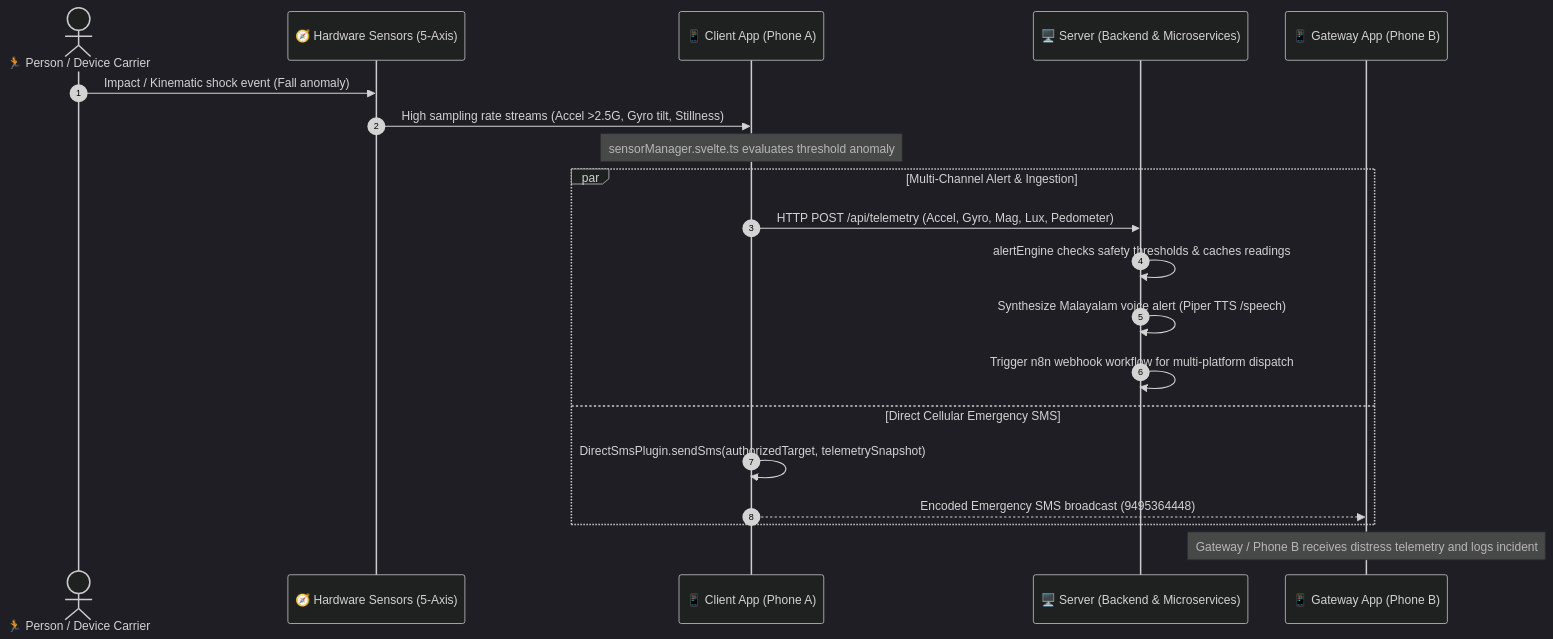
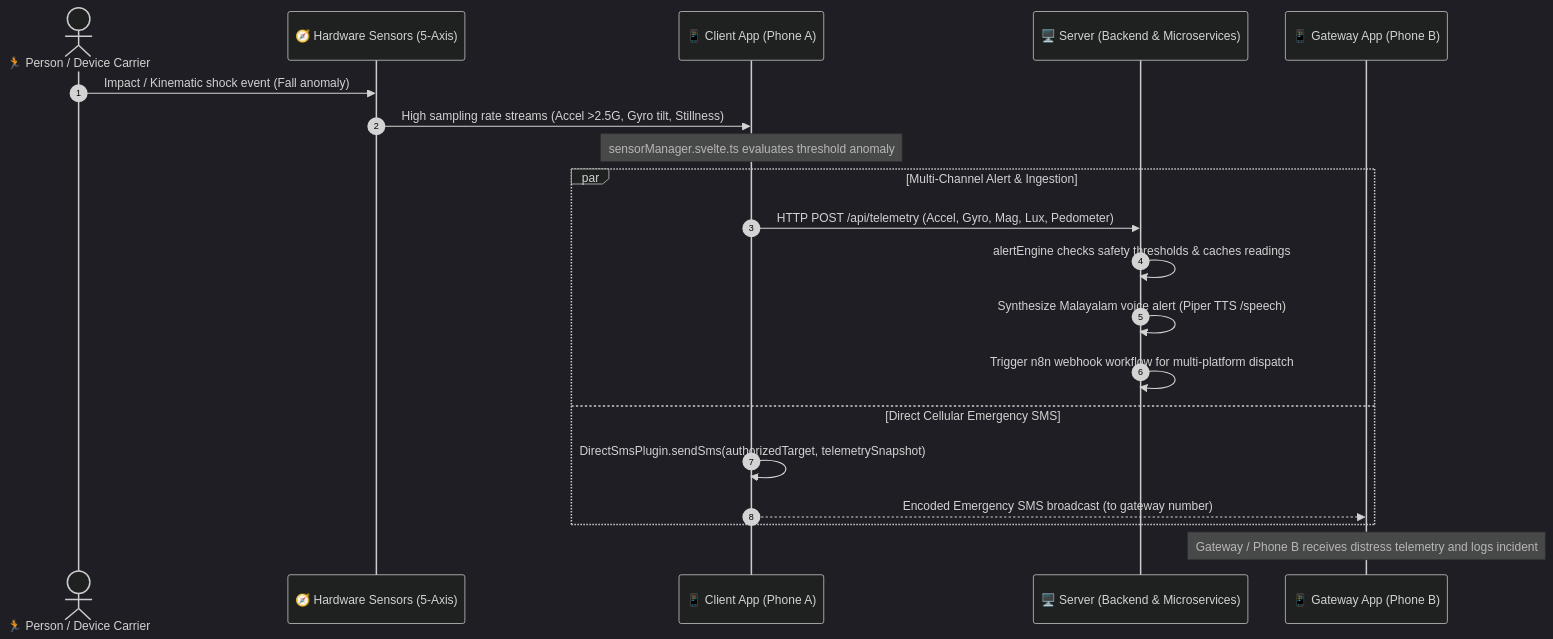
The second of 4 diagrams in README.md (twilighty-abhi/kaaka), drawn with Mermaid (dark theme) before and after one commit. The commit also changed other lines of this file and 9 other files, not shown here.

````diff
--- a/README.md
+++ b/README.md
@@ -69,25 +69,25 @@
 ```mermaid
 sequenceDiagram
     autonumber
     actor User as 🏃 Person / Device Carrier
     participant Sensors as 🧭 Hardware Sensors (5-Axis)
     participant Client as 📱 Client App (Phone A)
     participant Server as 🖥️ Server (Backend & Microservices)
     participant Gateway as 📱 Gateway App (Phone B)
 
     User->>Sensors: Impact / Kinematic shock event (Fall anomaly)
     Sensors->>Client: High sampling rate streams (Accel >2.5G, Gyro tilt, Stillness)
     Note over Client: sensorManager.svelte.ts evaluates threshold anomaly
     
     par Multi-Channel Alert & Ingestion
         Client->>Server: HTTP POST /api/telemetry (Accel, Gyro, Mag, Lux, Pedometer)
         Server->>Server: alertEngine checks safety thresholds & caches readings
         Server->>Server: Synthesize Malayalam voice alert (Piper TTS /speech)
         Server->>Server: Trigger n8n webhook workflow for multi-platform dispatch
     and Direct Cellular Emergency SMS
         Client->>Client: DirectSmsPlugin.sendSms(authorizedTarget, telemetrySnapshot)
-        Client-->>Gateway: Encoded Emergency SMS broadcast (9495364448)
+        Client-->>Gateway: Encoded Emergency SMS broadcast (to gateway number)
     end
 
     Note over Gateway: Gateway / Phone B receives distress telemetry and logs incident
 ```
````
